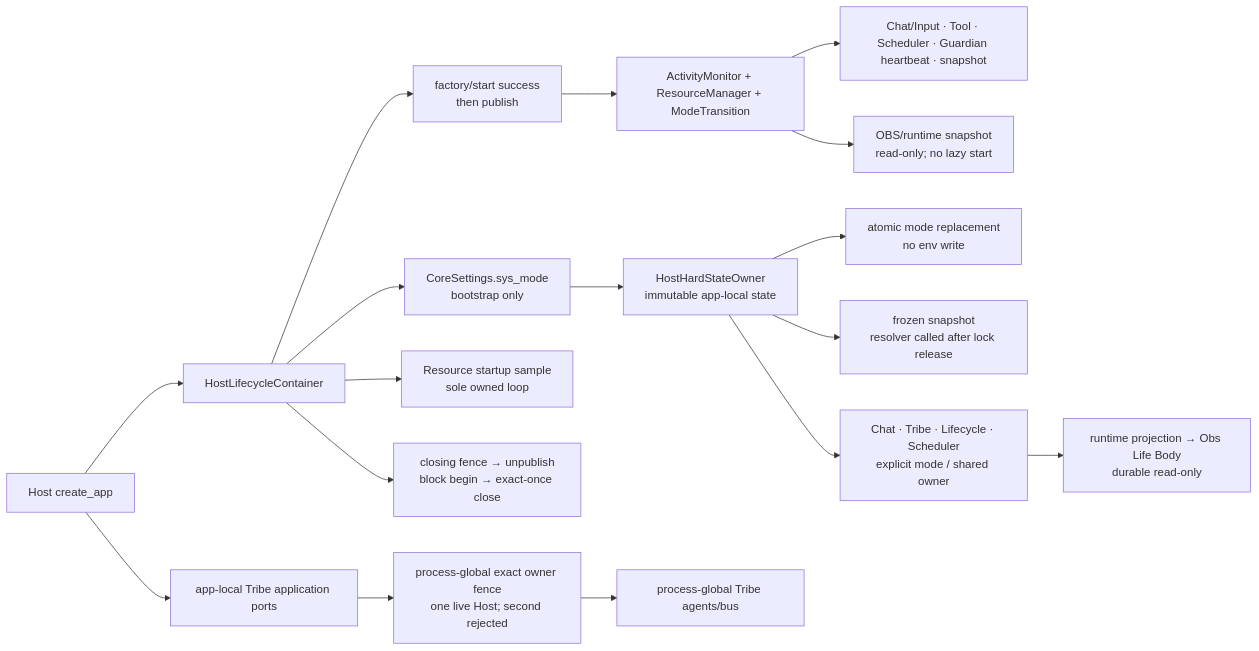
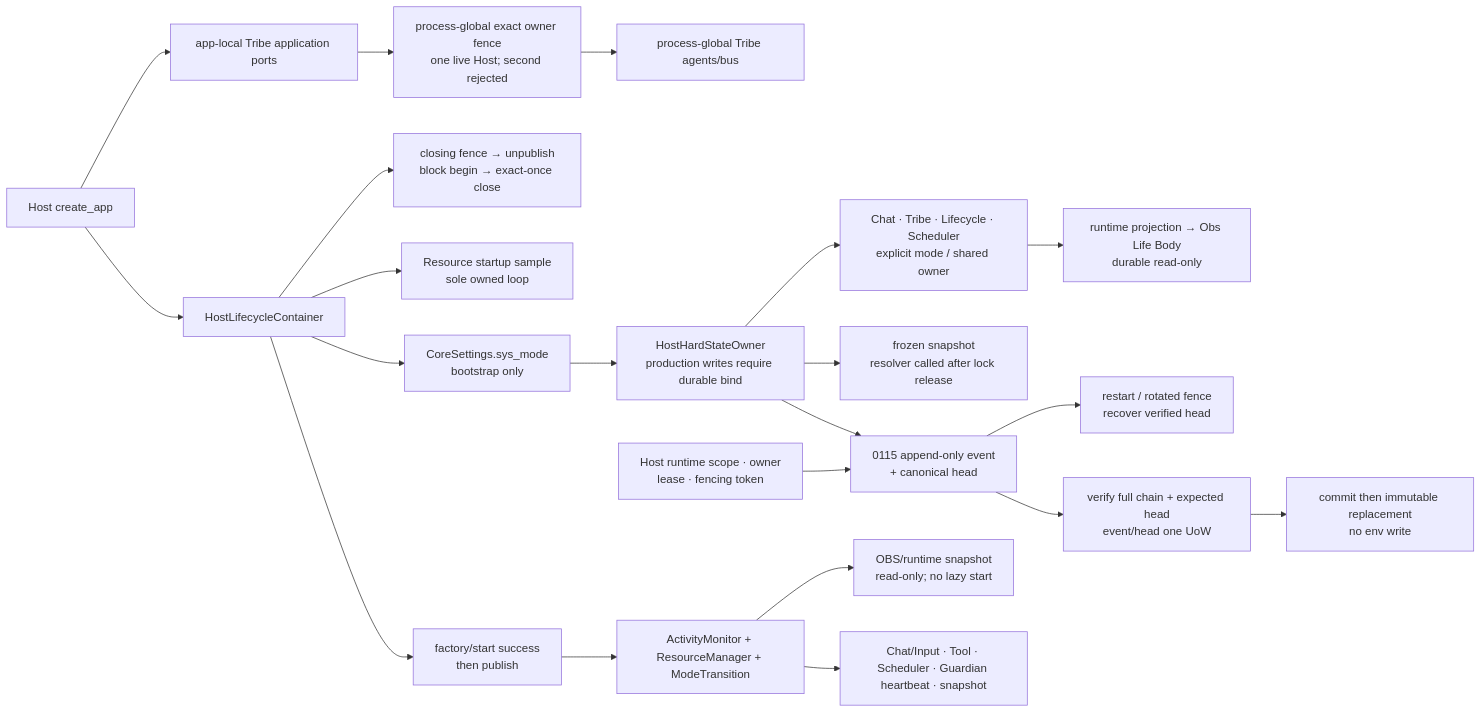
Before and after one commit to SakuraYoruno/Natsume_Ai: the second of 9 diagrams in docs/50_project/arch/DATA_FLOW_ARCHITECTURE.md, drawn with Mermaid. The commit also changed other lines of this file and 35 other files, not shown here.

````diff
--- a/docs/50_project/arch/DATA_FLOW_ARCHITECTURE.md
+++ b/docs/50_project/arch/DATA_FLOW_ARCHITECTURE.md
@@ -146,19 +146,23 @@
 ```mermaid
 flowchart LR
     ASGI["Host create_app"] --> Container["HostLifecycleContainer"]
     Container --> Start["factory/start success\nthen publish"]
     Start --> Services["ActivityMonitor + ResourceManager + ModeTransition"]
     Container --> Bootstrap["CoreSettings.sys_mode\nbootstrap only"]
-    Bootstrap --> HardState["HostHardStateOwner\nimmutable app-local state"]
-    HardState --> ModeChange["atomic mode replacement\nno env write"]
+    Bootstrap --> HardState["HostHardStateOwner\nproduction writes require durable bind"]
+    Lease["Host runtime scope · owner\nlease · fencing token"] --> Journal["0115 append-only event\n+ canonical head"]
+    HardState --> Journal
+    Journal --> CAS["verify full chain + expected head\nevent/head one UoW"]
+    CAS --> ModeChange["commit then immutable replacement\nno env write"]
+    Journal --> Restart["restart / rotated fence\nrecover verified head"]
     HardState --> Endocrine["frozen snapshot\nresolver called after lock release"]
     HardState --> ModeReaders["Chat · Tribe · Lifecycle · Scheduler\nexplicit mode / shared owner"]
     ModeReaders --> DurableProjection["runtime projection → Obs Life Body\ndurable read-only"]
     Services --> Readers["Chat/Input · Tool · Scheduler · Guardian heartbeat · snapshot"]
     Services --> Snapshot["OBS/runtime snapshot\nread-only; no lazy start"]
     Container --> ResourceLoop["Resource startup sample\nsole owned loop"]
     ASGI --> TribePorts["app-local Tribe application ports"]
     TribePorts --> TribeFence["process-global exact owner fence\none live Host; second rejected"]
     TribeFence --> TribeGlobal["process-global Tribe agents/bus"]
     Container --> Close["closing fence → unpublish\nblock begin → exact-once close"]
 ```
````
